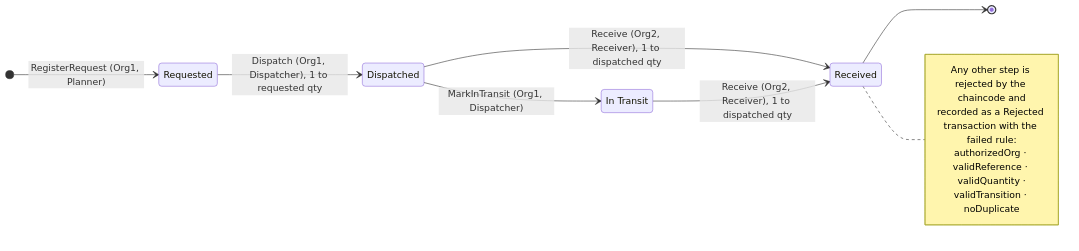
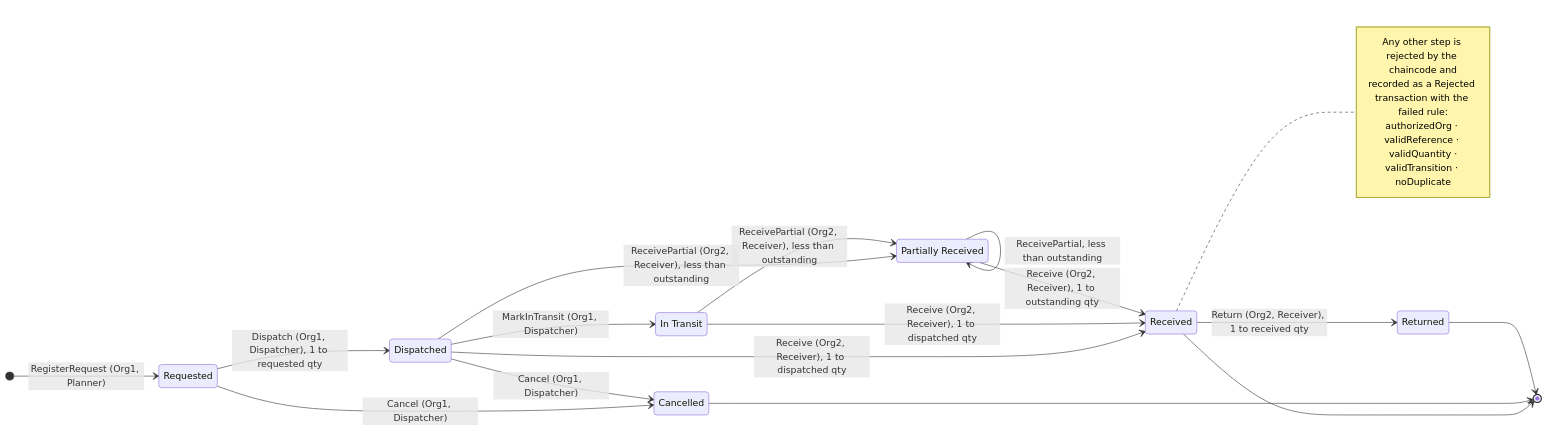
One commit to roseal3tb/wethaq changed the fifth of 5 diagrams in docs/gp482/DIAGRAMS.md. Above: the diagram before and after it, drawn with Mermaid. The commit also changed other lines of this file and 25 other files, not shown here.

````diff
--- a/docs/gp482/DIAGRAMS.md
+++ b/docs/gp482/DIAGRAMS.md
@@ -187,17 +187,27 @@
 ```mermaid
 stateDiagram-v2
   direction LR
   [*] --> Requested: RegisterRequest (Org1, Planner)
   Requested --> Dispatched: Dispatch (Org1, Dispatcher), 1 to requested qty
   Dispatched --> InTransit: MarkInTransit (Org1, Dispatcher)
   Dispatched --> Received: Receive (Org2, Receiver), 1 to dispatched qty
   InTransit --> Received: Receive (Org2, Receiver), 1 to dispatched qty
+  Dispatched --> PartiallyReceived: ReceivePartial (Org2, Receiver), less than outstanding
+  InTransit --> PartiallyReceived: ReceivePartial (Org2, Receiver), less than outstanding
+  PartiallyReceived --> PartiallyReceived: ReceivePartial, less than outstanding
+  PartiallyReceived --> Received: Receive (Org2, Receiver), 1 to outstanding qty
+  Requested --> Cancelled: Cancel (Org1, Dispatcher)
+  Dispatched --> Cancelled: Cancel (Org1, Dispatcher)
+  Received --> Returned: Return (Org2, Receiver), 1 to received qty
   Received --> [*]
+  Cancelled --> [*]
+  Returned --> [*]
   InTransit: In Transit
+  PartiallyReceived: Partially Received
   note right of Received
     Any other step is rejected by the chaincode and
     recorded as a Rejected transaction with the failed rule:
     authorizedOrg · validReference · validQuantity ·
     validTransition · noDuplicate
   end note
 ```
````
